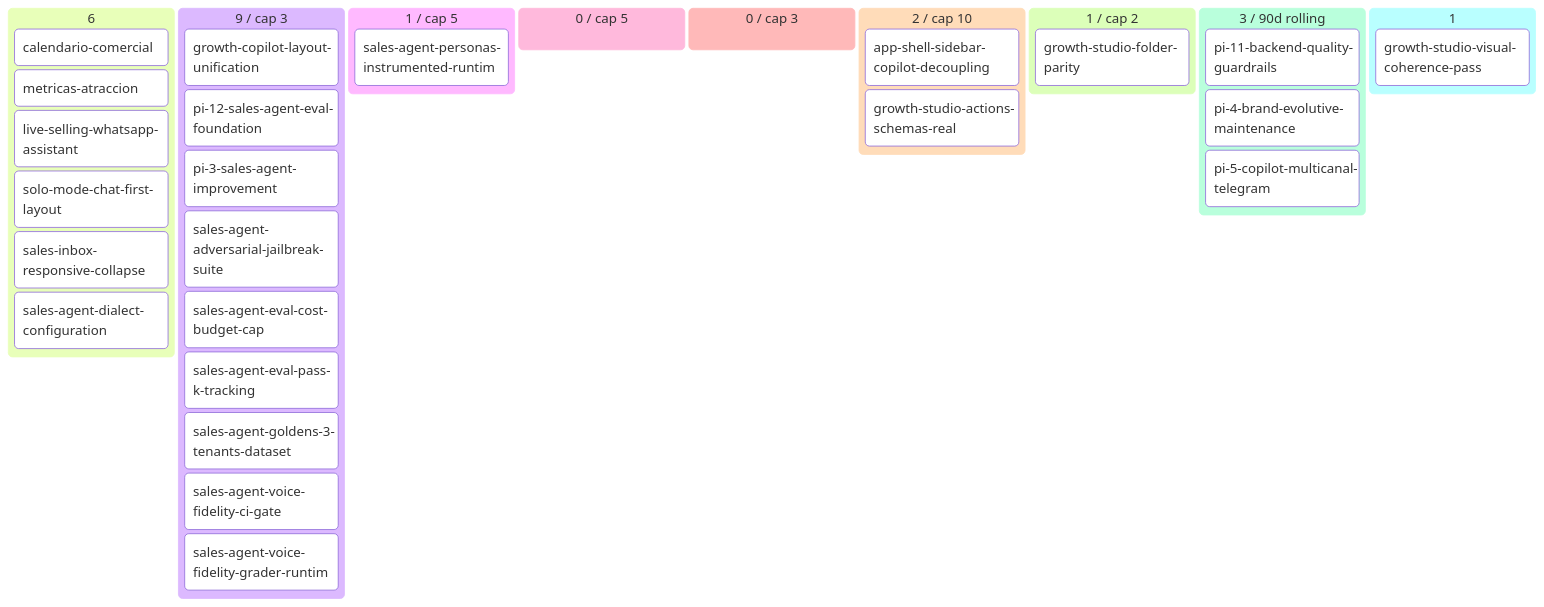
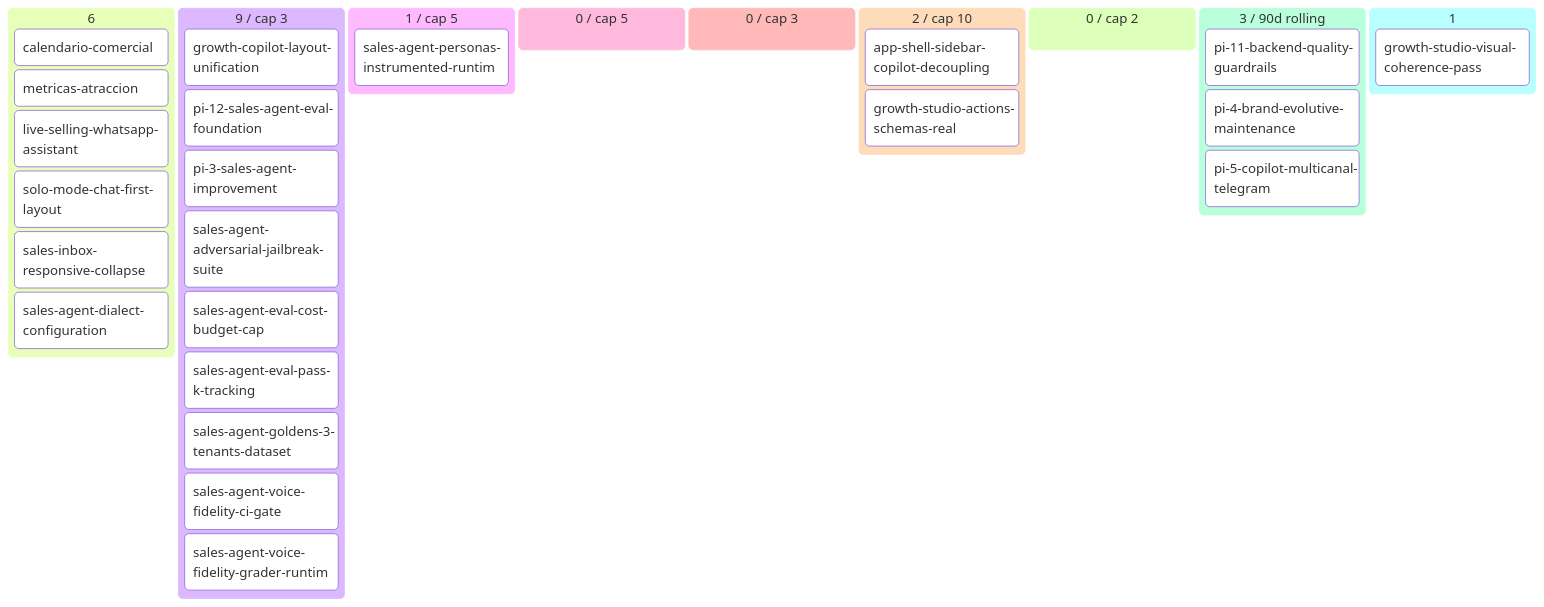
The diagram in docs/product/BACKLOG.md (alpacapurpura/ap_sales_agent), drawn with Mermaid before and after one commit. The commit also changed other lines of this file and 31 other files, not shown here.

First line of the commit message:
chore(merge): Story 2A growth-studio-folder-parity DONE — APPROVED + archived

````diff
--- a/docs/product/BACKLOG.md
+++ b/docs/product/BACKLOG.md
@@ -58,35 +58,34 @@
 ```mermaid
 kanban
   💡 Ideas (6)
     calendario-comercial[calendario-comercial]
     metricas-atraccion[metricas-atraccion]
     live-selling-whatsapp-assistan[live-selling-whatsapp-assistant]
     solo-mode-chat-first-layout[solo-mode-chat-first-layout]
     sales-inbox-responsive-collaps[sales-inbox-responsive-collapse]
     sales-agent-dialect-configurat[sales-agent-dialect-configuration]
   🔬 Refining (9 / cap 3)
     growth-copilot-layout-unificat[growth-copilot-layout-unification]
     pi-12-sales-agent-eval-foundat[pi-12-sales-agent-eval-foundation]
     pi-3-sales-agent-improvement[pi-3-sales-agent-improvement]
     sales-agent-adversarial-jailbr[sales-agent-adversarial-jailbreak-suite]
     sales-agent-eval-cost-budget-c[sales-agent-eval-cost-budget-cap]
     sales-agent-eval-pass-k-tracki[sales-agent-eval-pass-k-tracking]
     sales-agent-goldens-3-tenants-[sales-agent-goldens-3-tenants-dataset]
     sales-agent-voice-fidelity-ci-[sales-agent-voice-fidelity-ci-gate]
     sales-agent-voice-fidelity-gra[sales-agent-voice-fidelity-grader-runtim]
   ✅ Refined (1 / cap 5)
     sales-agent-personas-instrumen[sales-agent-personas-instrumented-runtim]
   📦 Ready (0 / cap 5)
   🔨 Developing (0 / cap 3)
   🧪 Developed (2 / cap 10)
     app-shell-sidebar-copilot-deco[app-shell-sidebar-copilot-decoupling]
     growth-studio-actions-schemas-[growth-studio-actions-schemas-real]
-  🔍 Reviewing (1 / cap 2)
-    growth-studio-folder-parity[growth-studio-folder-parity]
+  🔍 Reviewing (0 / cap 2)
   ✅ Done (3 / 90d rolling)
     pi-11-backend-quality-guardrai[pi-11-backend-quality-guardrails]
     pi-4-brand-evolutive-maintenan[pi-4-brand-evolutive-maintenance]
     pi-5-copilot-multicanal-telegr[pi-5-copilot-multicanal-telegram]
   🅿 Parked (1)
     growth-studio-visual-coherence[growth-studio-visual-coherence-pass]
 ```
````
